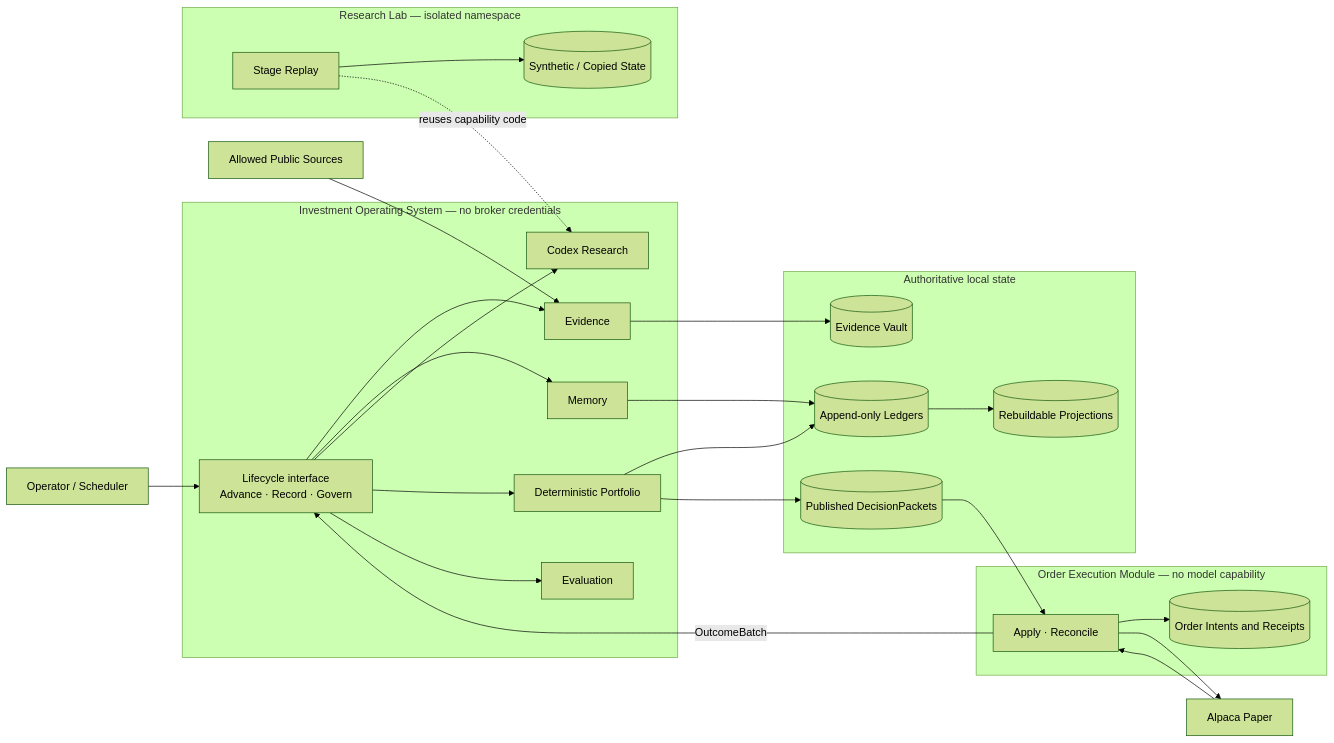
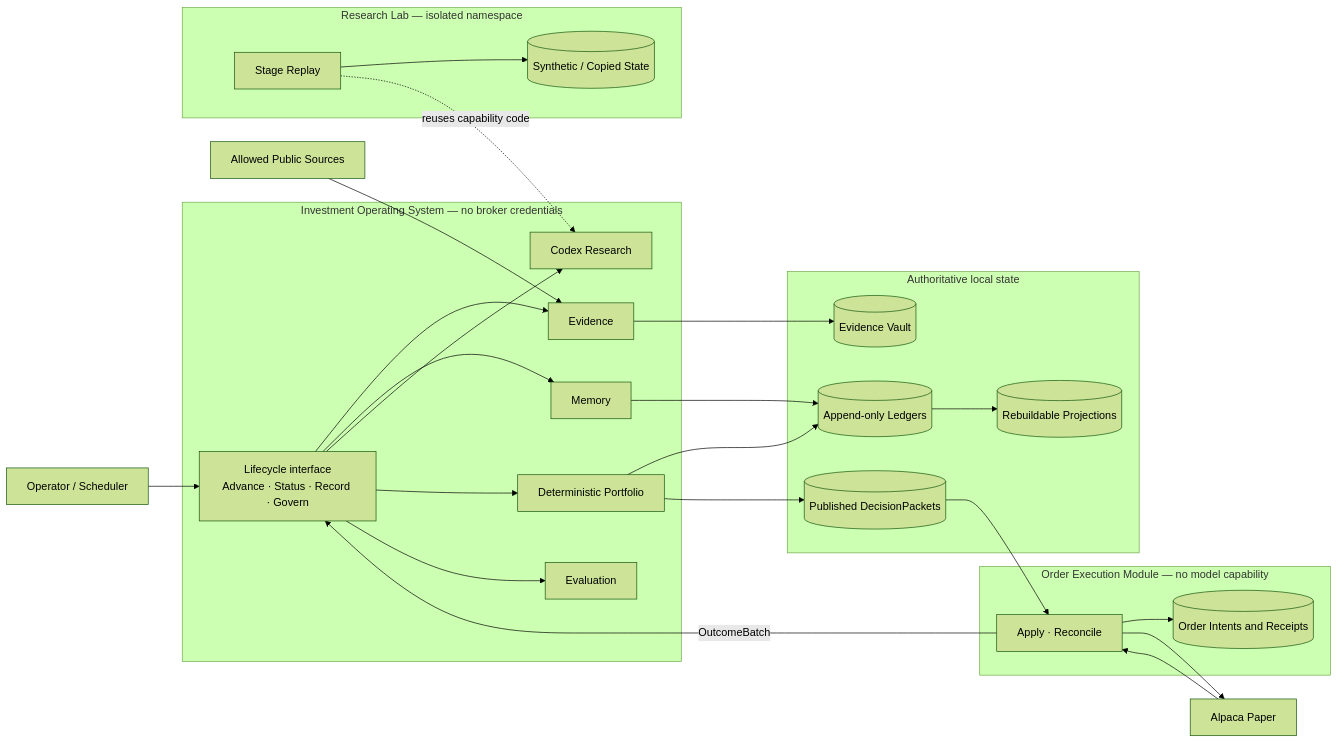
Before and after one commit to investlink-ai/agentic_investment_os: the first of 3 diagrams in docs/architecture.md, drawn with Mermaid (forest theme). The commit also changed other lines of this file and 6 other files, not shown here.

Commit message:
feat(lifecycle): rebuild operator status from history

````diff
--- a/docs/architecture.md
+++ b/docs/architecture.md
@@ -27,53 +27,53 @@
 ```mermaid
 flowchart LR
     operator[Operator / Scheduler]
 
     subgraph uncredentialed["Investment Operating System — no broker credentials"]
-        lifecycle["Lifecycle interface<br/>Advance · Record · Govern"]
+        lifecycle["Lifecycle interface<br/>Advance · Status · Record · Govern"]
         evidence[Evidence]
         memory[Memory]
         research[Codex Research]
         portfolio[Deterministic Portfolio]
         evaluation[Evaluation]
     end
 
     subgraph durable["Authoritative local state"]
         vault[(Evidence Vault)]
         ledgers[(Append-only Ledgers)]
         packets[(Published DecisionPackets)]
         projections[(Rebuildable Projections)]
     end
 
     subgraph credentialed["Order Execution Module — no model capability"]
         executor[Apply · Reconcile]
         execution_state[(Order Intents and Receipts)]
     end
 
     subgraph laboratory["Research Lab — isolated namespace"]
         lab[Stage Replay]
         lab_state[(Synthetic / Copied State)]
     end
 
     alpaca[Alpaca Paper]
     public_sources[Allowed Public Sources]
 
     operator --> lifecycle
     public_sources --> evidence
     lifecycle --> evidence
     lifecycle --> memory
     lifecycle --> research
     lifecycle --> portfolio
     lifecycle --> evaluation
     evidence --> vault
     memory --> ledgers
     portfolio --> ledgers
     portfolio --> packets
     ledgers --> projections
     packets --> executor
     executor --> execution_state
     executor --> alpaca
     alpaca --> executor
     executor -->|OutcomeBatch| lifecycle
     lab --> lab_state
     lab -. reuses capability code .-> research
 ```
````
